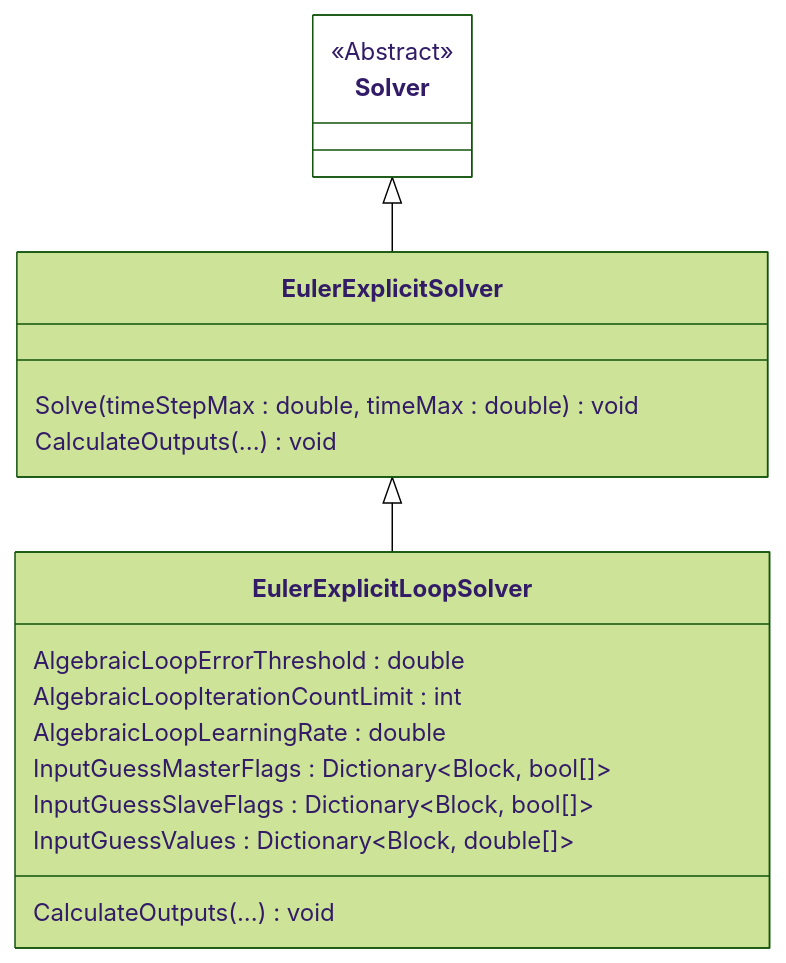
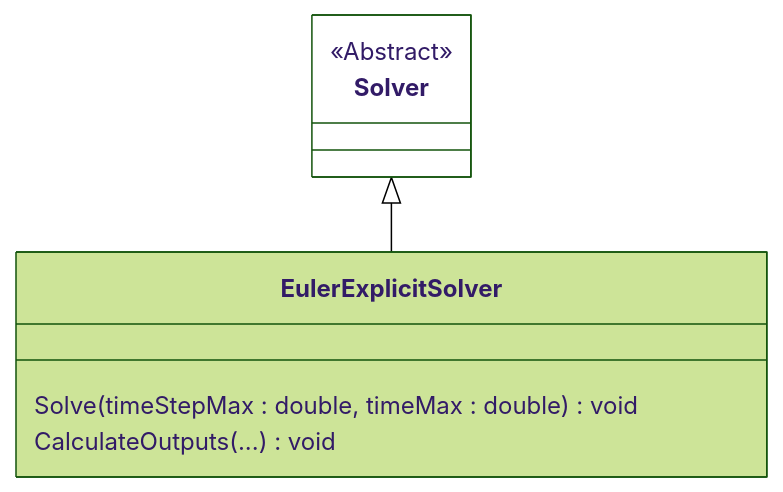
The diagram in Quellen/WS25/SFunctionHybrid/Solver.Explicit.mmd (ghackenberg/kurs-computer-simulation), drawn with Mermaid (forest theme) before and after one commit. The commit also changed 21 other files, not shown here.

```diff
--- a/Quellen/WS25/SFunctionHybrid/Solver.Explicit.mmd
+++ b/Quellen/WS25/SFunctionHybrid/Solver.Explicit.mmd
@@ -1,30 +1,17 @@
 classDiagram
 
     direction TB
 
     class Solver {
         <<Abstract>>
     }
 
     class EulerExplicitSolver {
         Solve(timeStepMax : double, timeMax : double) void
 
         CalculateOutputs(...) void
     }
 
-    class EulerExplicitLoopSolver {
-        AlgebraicLoopErrorThreshold : double
-        AlgebraicLoopIterationCountLimit : int
-        AlgebraicLoopLearningRate : double
-
-        InputGuessMasterFlags : Dictionary~Block, bool[]~
-        InputGuessSlaveFlags : Dictionary~Block, bool[]~
-        InputGuessValues : Dictionary~Block, double[]~
-
-        CalculateOutputs(...) void
-    }
-
     Solver <|-- EulerExplicitSolver
-    EulerExplicitSolver <|-- EulerExplicitLoopSolver
 
     style Solver fill:white
```
